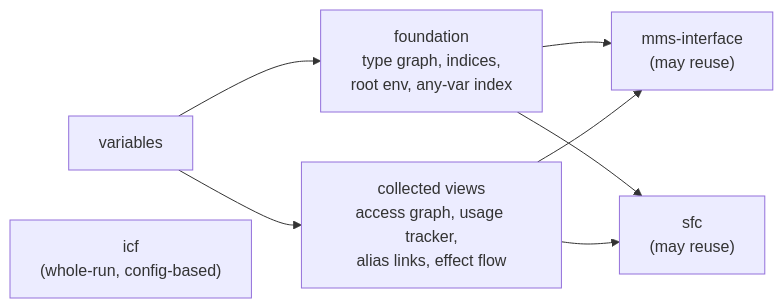
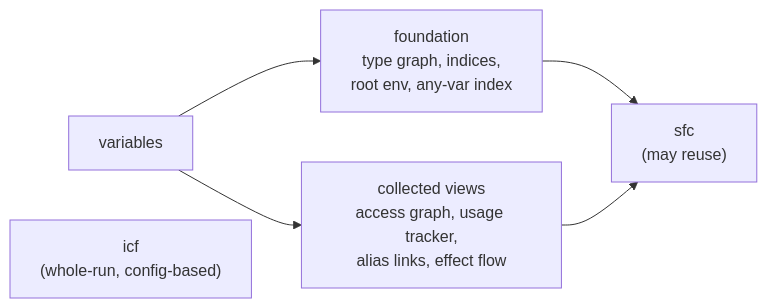
One commit to SorenHJohansen/SattLint changed the fifth of 5 diagrams in ARCHITECTURE.md. Above: the diagram before and after it, drawn with Mermaid. The commit also changed other lines of this file and 30 other files, not shown here.

````diff
--- a/ARCHITECTURE.md
+++ b/ARCHITECTURE.md
@@ -151,17 +151,14 @@
 ```mermaid
 flowchart LR
     V["variables"]
     F["foundation<br/>type graph, indices,<br/>root env, any-var index"]
     CV["collected views<br/>access graph, usage tracker,<br/>alias links, effect flow"]
-    MMS["mms-interface<br/>(may reuse)"]
     SFC["sfc<br/>(may reuse)"]
     ICF["icf<br/>(whole-run, config-based)"]
 
     V --> F
     V --> CV
-    F --> MMS
-    CV --> MMS
     F --> SFC
     CV --> SFC
     ICF
 ```
````
